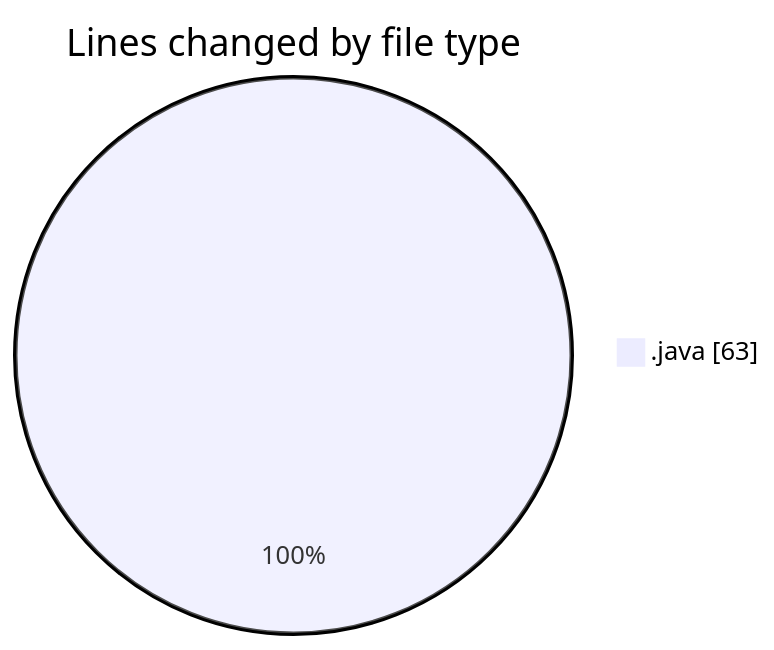
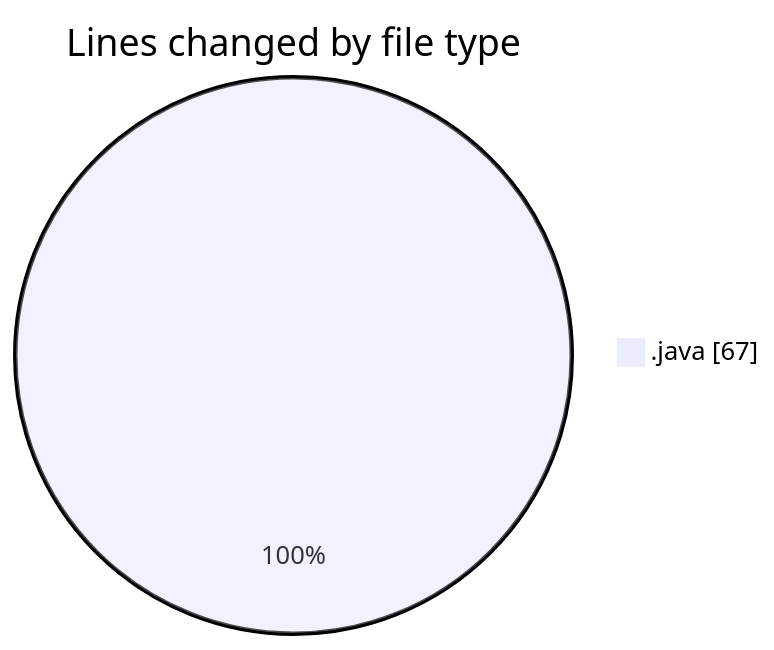
One commit to hasnaa123/code-tracking changed the first of 2 diagrams in 2026-10-06/taskforge/README.md. Above: the diagram before and after it, drawn with Mermaid. The commit also changed other lines of this file and 1 other file, not shown here.

````diff
--- a/2026-10-06/taskforge/README.md
+++ b/2026-10-06/taskforge/README.md
@@ -21,5 +22,5 @@
 ```mermaid
 pie showData
 title Lines changed by file type
-".java" : 63
+".java" : 67
 ```
````
